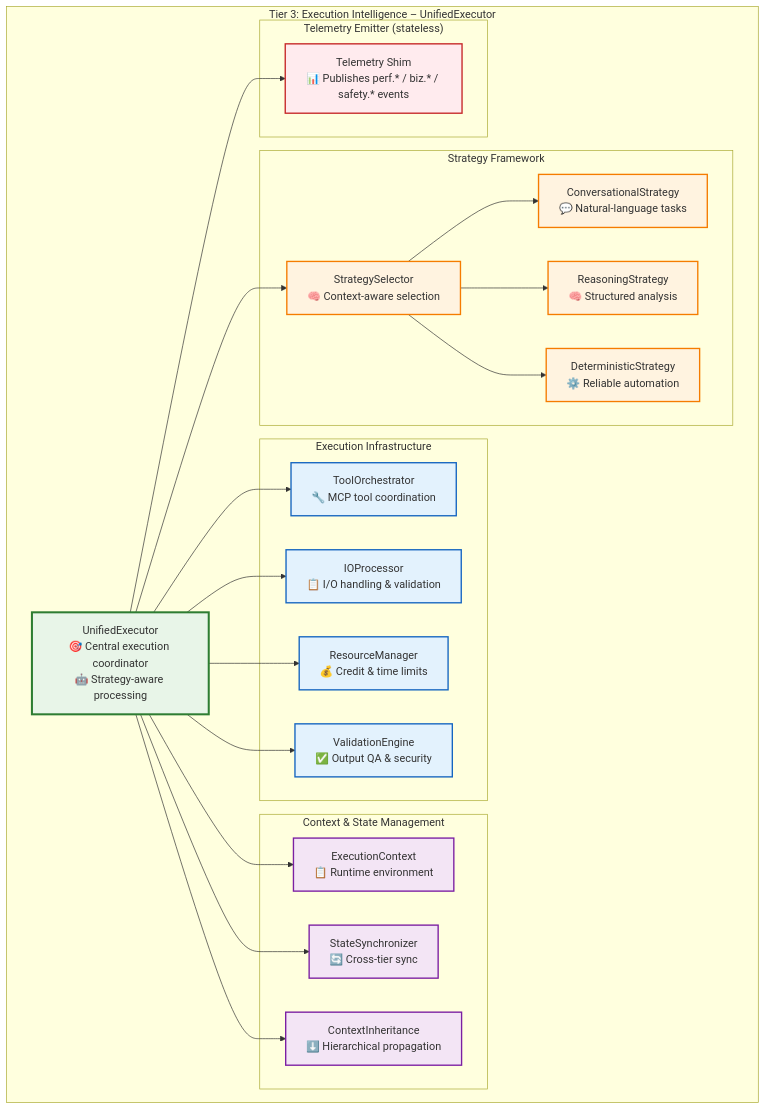
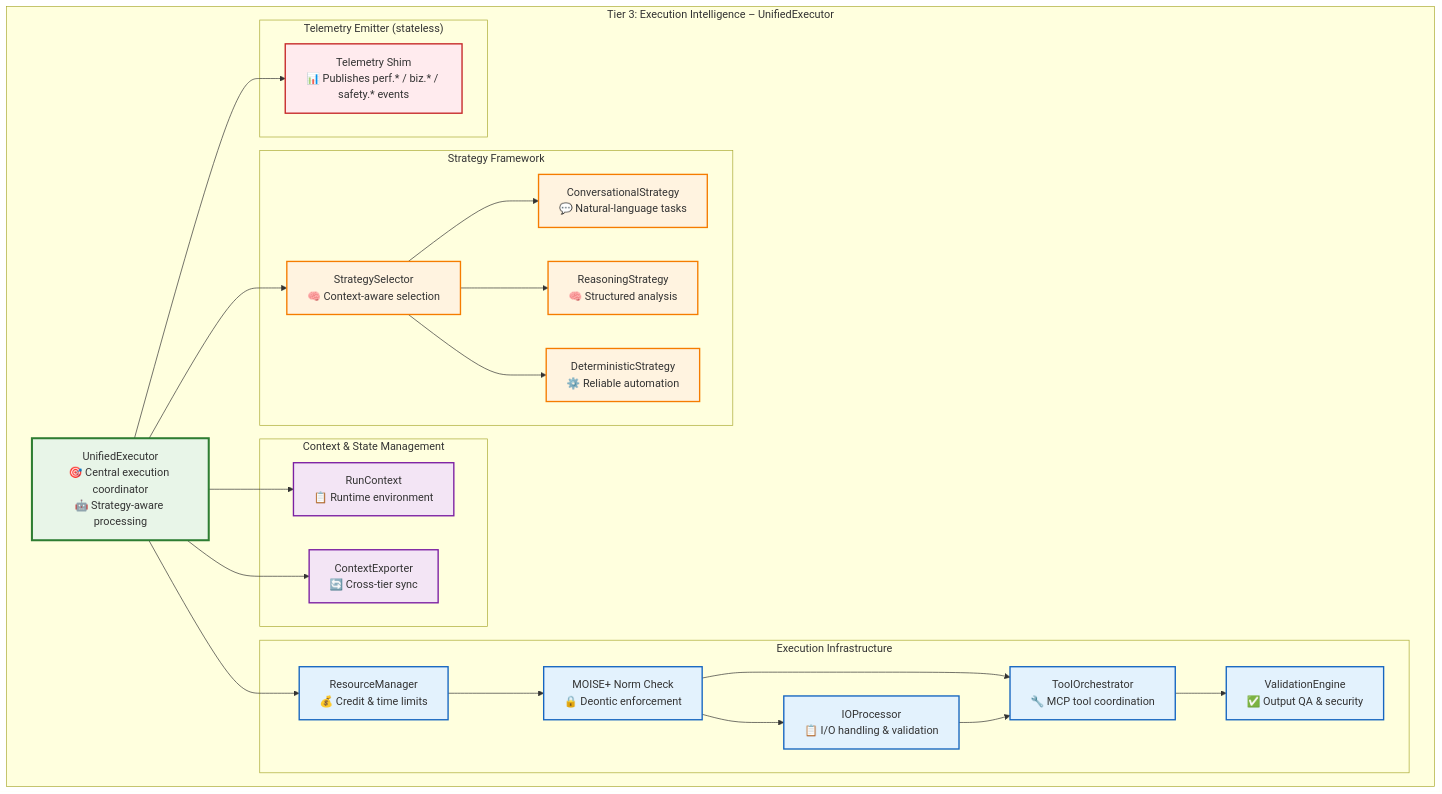
Before and after one commit to Vrooli/Vrooli: diagram 18 of 49 in docs/ai-execution-architecture.md, drawn with Mermaid. The commit also changed other lines of this file, not shown here.

Commit message:
Execution architecture p13

````diff
--- a/docs/ai-execution-architecture.md
+++ b/docs/ai-execution-architecture.md
@@ -1465,64 +1370,65 @@
 ```mermaid
 graph TB
-    subgraph "Tier 3: Execution Intelligence – UnifiedExecutor"
-        UnifiedExecutor[UnifiedExecutor<br/>🎯 Central execution coordinator<br/>🤖 Strategy-aware processing]
+  subgraph "Tier 3: Execution Intelligence – UnifiedExecutor"
+    UnifiedExecutor[UnifiedExecutor<br/>🎯 Central execution coordinator<br/>🤖 Strategy-aware processing]
 
-        %% ─────────── Strategy framework ───────────
-        subgraph "Strategy Framework"
-            StrategySelector[StrategySelector<br/>🧠 Context-aware selection]
-            ConversationalStrategy[ConversationalStrategy<br/>💬 Natural-language tasks]
-            ReasoningStrategy[ReasoningStrategy<br/>🧠 Structured analysis]
-            DeterministicStrategy[DeterministicStrategy<br/>⚙️ Reliable automation]
-        end
-
-        %% ─────────── Execution infra ───────────
-        subgraph "Execution Infrastructure"
-            ToolOrchestrator[ToolOrchestrator<br/>🔧 MCP tool coordination]
-            IOProcessor[IOProcessor<br/>📋 I/O handling & validation]
-            ResourceManager[ResourceManager<br/>💰 Credit & time limits]
-            ValidationEngine[ValidationEngine<br/>✅ Output QA & security]
-        end
-
-        %% ─────────── Context & state ───────────
-        subgraph "Context & State Management"
-            ExecutionContext[ExecutionContext<br/>📋 Runtime environment]
-            StateSynchronizer[StateSynchronizer<br/>🔄 Cross-tier sync]
-            ContextInheritance[ContextInheritance<br/>⬇️ Hierarchical propagation]
-        end
-
-        %% ─────────── Telemetry only (no learning here) ───────────
-        subgraph "Telemetry Emitter (stateless)"
-            TelemetryShim[Telemetry Shim<br/>📊 Publishes perf.* / biz.* / safety.* events]
-        end
+    %% ─────────── Strategy framework ───────────
+    subgraph "Strategy Framework"
+      StrategySelector[StrategySelector<br/>🧠 Context-aware selection]
+      ConversationalStrategy[ConversationalStrategy<br/>💬 Natural-language tasks]
+      ReasoningStrategy[ReasoningStrategy<br/>🧠 Structured analysis]
+      DeterministicStrategy[DeterministicStrategy<br/>⚙️ Reliable automation]
     end
 
-    %% Core flow
-    UnifiedExecutor --> StrategySelector
-    StrategySelector --> ConversationalStrategy
-    StrategySelector --> ReasoningStrategy
-    StrategySelector --> DeterministicStrategy
+    %% ─────────── Context & state ───────────
+    subgraph "Context & State Management"
+      RunContext[RunContext<br/>📋 Runtime environment]
+      ContextExporter[ContextExporter<br/>🔄 Cross-tier sync]
+    end
 
-    UnifiedExecutor --> ToolOrchestrator
-    UnifiedExecutor --> IOProcessor
-    UnifiedExecutor --> ResourceManager
-    UnifiedExecutor --> ValidationEngine
+    %% ─────────── Execution infra ───────────
+    subgraph "Execution Infrastructure"
+      ToolOrchestrator[ToolOrchestrator<br/>🔧 MCP tool coordination]
+    MoiseBarrier[MOISE+ Norm Check<br/>🔒 Deontic enforcement]
+      IOProcessor[IOProcessor<br/>📋 I/O handling & validation]
+      ResourceManager[ResourceManager<br/>💰 Credit & time limits]
+      ValidationEngine[ValidationEngine<br/>✅ Output QA & security]
+    end
 
-    UnifiedExecutor --> ExecutionContext
-    UnifiedExecutor --> StateSynchronizer
-    UnifiedExecutor --> ContextInheritance
+    %% ─────────── Telemetry only (no learning here) ───────────
+    subgraph "Telemetry Emitter (stateless)"
+      TelemetryShim[Telemetry Shim<br/>📊 Publishes perf.* / biz.* / safety.* events]
+    end
+  end
 
-    %% Telemetry
-    UnifiedExecutor --> TelemetryShim
+  %% Core flow
+  UnifiedExecutor --> StrategySelector
+  StrategySelector --> ConversationalStrategy
+  StrategySelector --> ReasoningStrategy
+  StrategySelector --> DeterministicStrategy
 
-    classDef executor fill:#e8f5e8,stroke:#2e7d32,stroke-width:3px
-    classDef strategy fill:#fff3e0,stroke:#f57c00,stroke-width:2px
-    classDef infra fill:#e3f2fd,stroke:#1565c0,stroke-width:2px
-    classDef context fill:#f3e5f5,stroke:#7b1fa2,stroke-width:2px
-    classDef telem fill:#ffebee,stroke:#c62828,stroke-width:2px
+  UnifiedExecutor --> RunContext
+  UnifiedExecutor --> ContextExporter
 
-    class UnifiedExecutor executor
-    class StrategySelector,ConversationalStrategy,ReasoningStrategy,DeterministicStrategy strategy
-    class ToolOrchestrator,IOProcessor,ResourceManager,ValidationEngine infra
-    class ExecutionContext,StateSynchronizer,ContextInheritance context
-    class TelemetryShim telem
+  UnifiedExecutor --> ResourceManager
+  ResourceManager --> MoiseBarrier
+  MoiseBarrier --> IOProcessor
+  MoiseBarrier --> ToolOrchestrator
+
+  IOProcessor --> ToolOrchestrator
+  ToolOrchestrator --> ValidationEngine
+
+  UnifiedExecutor --> TelemetryShim
+
+  classDef executor fill:#e8f5e8,stroke:#2e7d32,stroke-width:3px
+  classDef strategy fill:#fff3e0,stroke:#f57c00,stroke-width:2px
+  classDef infra fill:#e3f2fd,stroke:#1565c0,stroke-width:2px
+  classDef context fill:#f3e5f5,stroke:#7b1fa2,stroke-width:2px
+  classDef telem fill:#ffebee,stroke:#c62828,stroke-width:2px
+
+  class UnifiedExecutor executor
+  class StrategySelector,ConversationalStrategy,ReasoningStrategy,DeterministicStrategy strategy
+  class RunContext,ContextExporter context
+  class ResourceManager,MoiseBarrier,IOProcessor,ToolOrchestrator,ValidationEngine infra
+  class TelemetryShim telem
 ```
````
